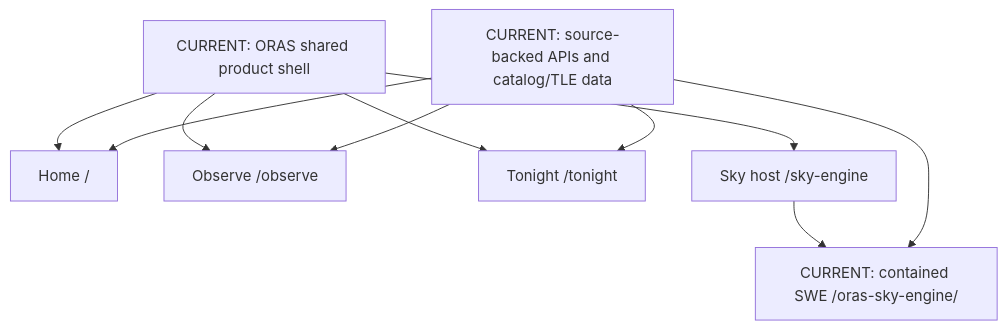
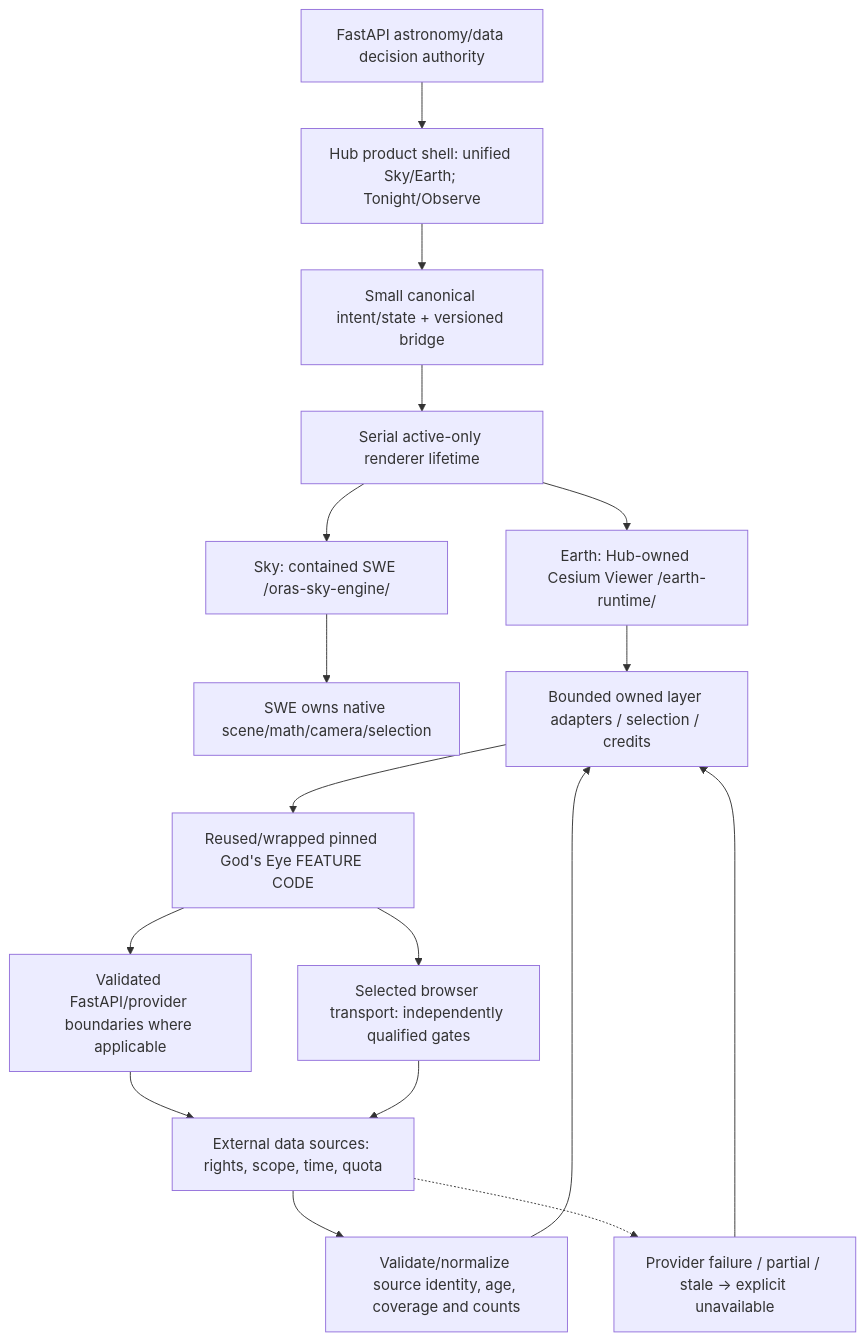
One commit to Shadowgar/Astronomy-Hub changed the first of 2 diagrams in docs/ASTRONOMY_HUB_DIAGRAM.md. Above: the diagram before and after it, drawn with Mermaid. The commit also changed other lines of this file and 37 other files, not shown here.

Commit message:
docs: reconcile owned Earth architecture and gated C5.7 C6 roadmap

````diff
--- a/docs/ASTRONOMY_HUB_DIAGRAM.md
+++ b/docs/ASTRONOMY_HUB_DIAGRAM.md
@@ -9,13 +12,19 @@
 ```mermaid
 flowchart TD
-    Shell["CURRENT: ORAS shared product shell"]
-    Shell --> Home["Home /"]
-    Shell --> Observe["Observe /observe"]
-    Shell --> Tonight["Tonight /tonight"]
-    Shell --> Host["Sky host /sky-engine"]
-    Host --> SWE["CURRENT: contained SWE /oras-sky-engine/"]
-    API["CURRENT: source-backed APIs and catalog/TLE data"] --> Home
-    API --> Observe
-    API --> Tonight
-    API --> SWE
+    Shell["Hub product shell: unified Sky/Earth; Tonight/Observe"] --> State["Small canonical intent/state + versioned bridge"]
+    State --> Lifetime["Serial active-only renderer lifetime"]
+    Lifetime --> Sky["Sky: contained SWE /oras-sky-engine/"]
+    Sky --> SkyOwn["SWE owns native scene/math/camera/selection"]
+    Lifetime --> Earth["Earth: Hub-owned Cesium Viewer /earth-runtime/"]
+    Earth --> Layers["Bounded owned layer adapters / selection / credits"]
+    Layers --> Reuse["Reused/wrapped pinned God's Eye FEATURE CODE"]
+    Reuse --> Boundary["Validated FastAPI/provider boundaries where applicable"]
+    Boundary --> Sources["External data sources: rights, scope, time, quota"]
+    Reuse --> Direct["Selected browser transport: independently qualified gates"]
+    Direct --> Sources
+    Sources --> Normalize["Validate/normalize source identity, age, coverage and counts"]
+    Normalize --> Layers
+    Sources -.-> Fail["Provider failure / partial / stale → explicit unavailable"]
+    Fail --> Layers
+    API["FastAPI astronomy/data decision authority"] --> Shell
 ```
````
